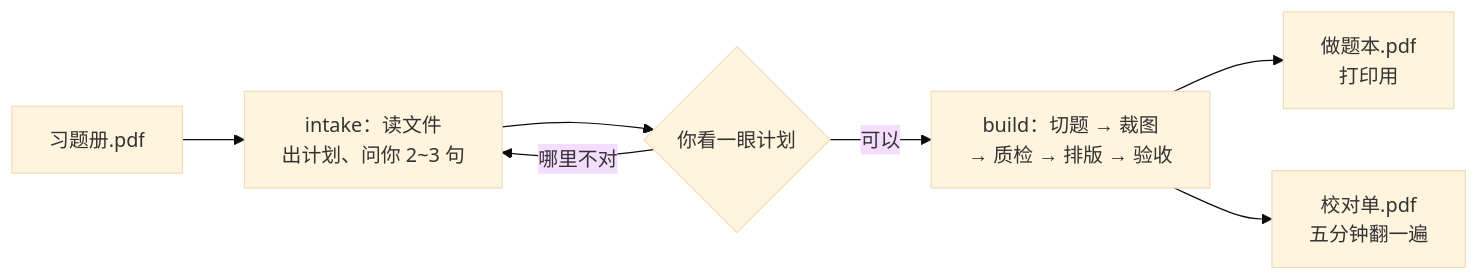
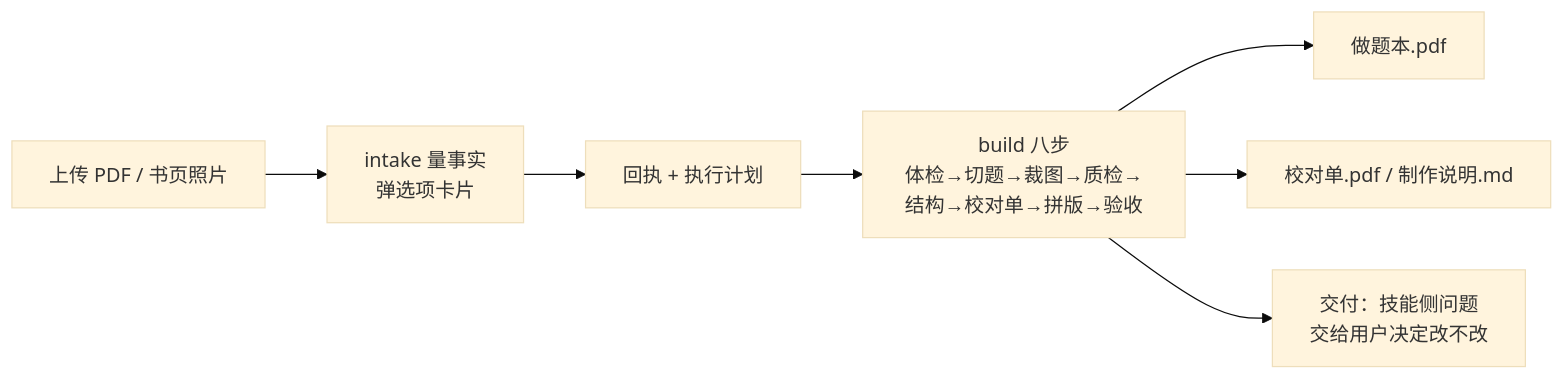
One commit to zhuliudan666/pdf-to-workbook changed the diagram in README.md. Above: the diagram before and after it, drawn with Mermaid (base theme). The commit also changed other lines of this file, not shown here.

````diff
--- a/README.md
+++ b/README.md
@@ -114,9 +115,9 @@
 ```mermaid
 flowchart LR
-  A[习题册.pdf] --> B["intake：读文件<br/>出计划、问你 2~3 句"]
-  B --> C{你看一眼计划}
-  C -->|哪里不对| B
-  C -->|可以| D["build：切题 → 裁图<br/>→ 质检 → 排版 → 验收"]
-  D --> E[做题本.pdf<br/>打印用]
-  D --> F[校对单.pdf<br/>五分钟翻一遍]
+  A[上传 PDF / 书页照片] --> B["intake 量事实<br/>弹选项卡片"]
+  B --> C[回执 + 执行计划]
+  C --> D["build 八步<br/>体检→切题→裁图→质检→结构→校对单→拼版→验收"]
+  D --> E[做题本.pdf]
+  D --> F[校对单.pdf / 制作说明.md]
+  D --> G["交付：技能侧问题<br/>交给用户决定改不改"]
 ```
````
